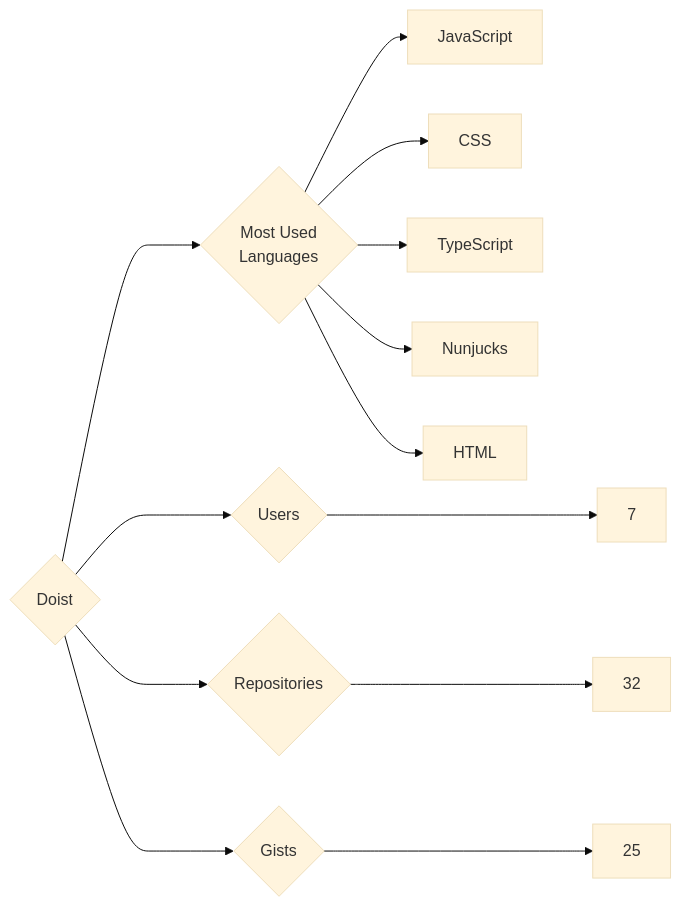
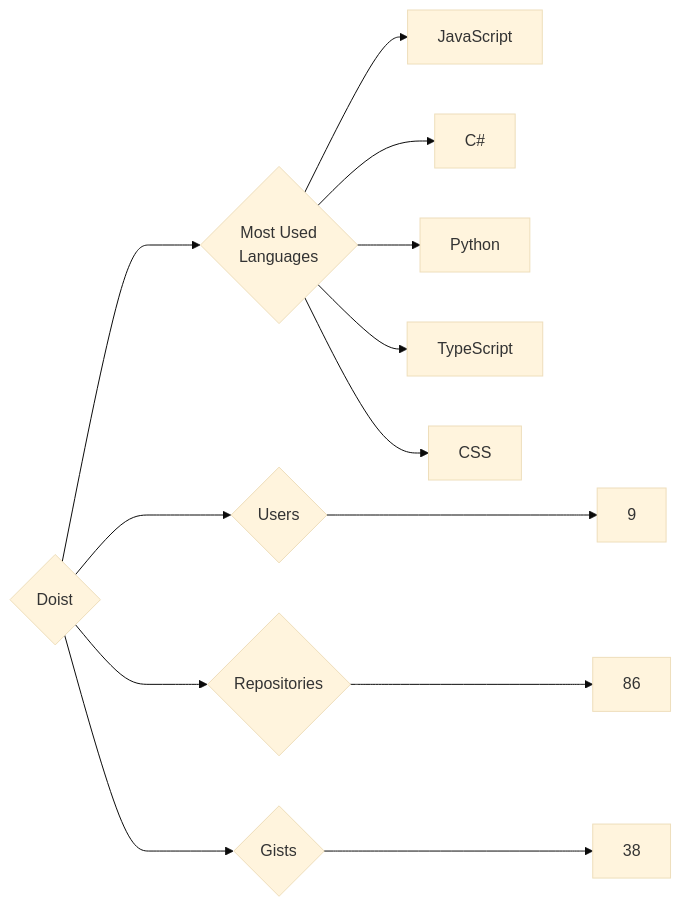
One commit to trickest/insiders changed the diagram in targets/Doist/README.md. Above: the diagram before and after it, drawn with Mermaid (base theme). The commit also changed 1003 other files, not shown here.

````diff
--- a/targets/Doist/README.md
+++ b/targets/Doist/README.md
@@ -3,13 +3,13 @@
 ```mermaid
 graph LR
 COMPANY_NAME{Doist}
-COMPANY_NAME ---> U{Users} ---> UN[7]
-COMPANY_NAME ---> R{Repositories} ---> RN[32]
-COMPANY_NAME ---> G{Gists} ---> GN[25]
+COMPANY_NAME ---> U{Users} ---> UN[9]
+COMPANY_NAME ---> R{Repositories} ---> RN[86]
+COMPANY_NAME ---> G{Gists} ---> GN[38]
 COMPANY_NAME ---> ML{Most Used<br>Languages}
 ML --> JavaScript[JavaScript]
+ML --> C#[C#]
+ML --> Python[Python]
+ML --> TypeScript[TypeScript]
 ML --> CSS[CSS]
-ML --> TypeScript[TypeScript]
-ML --> Nunjucks[Nunjucks]
-ML --> HTML[HTML]
 ```
````
